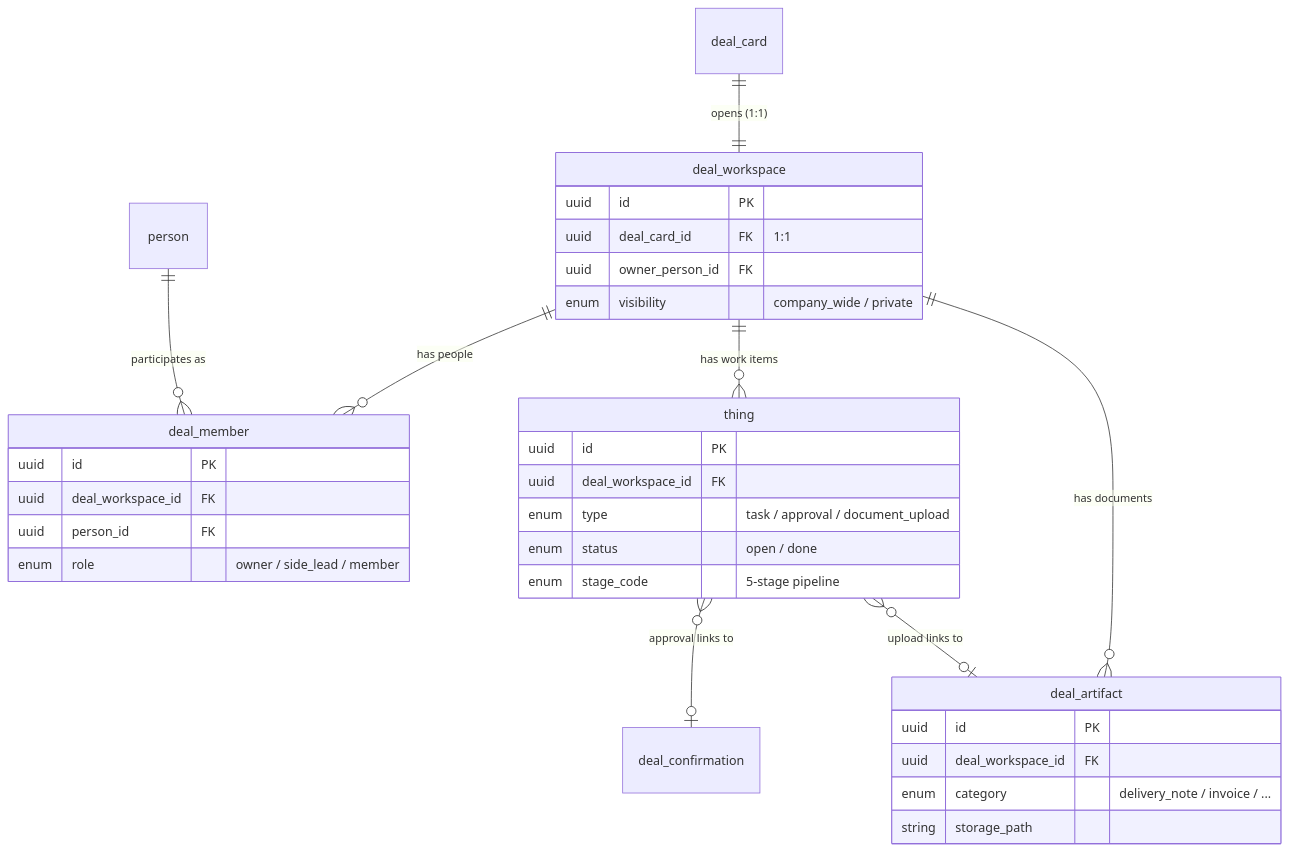
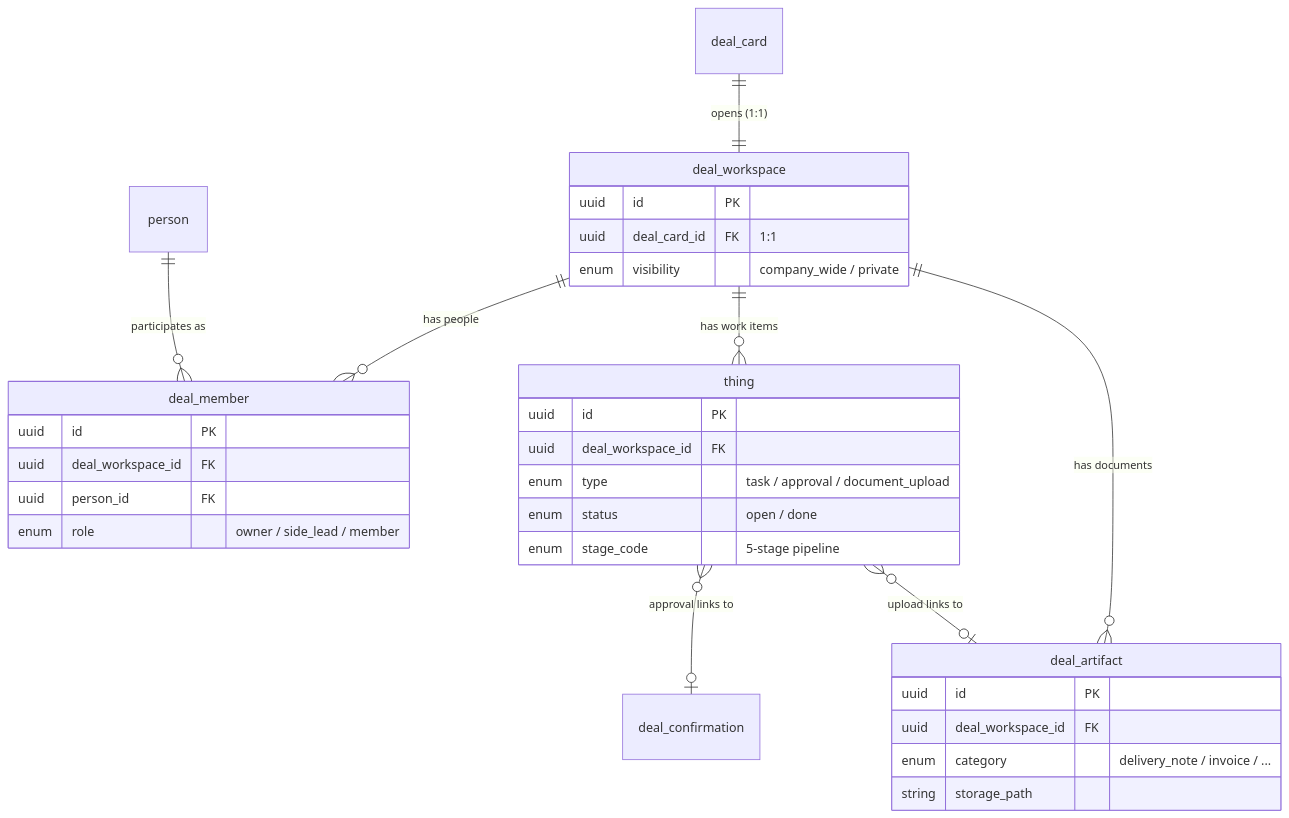
The eighth of 10 diagrams in docs/architecture/SCHEMA.md (Hello-Sello/hello-sello-mvp), drawn with Mermaid before and after one commit. The commit also changed other lines of this file and 3 other files, not shown here.

````diff
--- a/docs/architecture/SCHEMA.md
+++ b/docs/architecture/SCHEMA.md
@@ -303,36 +303,35 @@
 ```mermaid
 erDiagram
     deal_card ||--|| deal_workspace : "opens (1:1)"
     deal_workspace ||--o{ deal_member : "has people"
     deal_workspace ||--o{ thing : "has work items"
     deal_workspace ||--o{ deal_artifact : "has documents"
     person ||--o{ deal_member : "participates as"
     thing }o--o| deal_confirmation : "approval links to"
     thing }o--o| deal_artifact : "upload links to"
 
     deal_workspace {
         uuid id PK
         uuid deal_card_id FK "1:1"
-        uuid owner_person_id FK
         enum visibility "company_wide / private"
     }
     deal_member {
         uuid id PK
         uuid deal_workspace_id FK
         uuid person_id FK
         enum role "owner / side_lead / member"
     }
     thing {
         uuid id PK
         uuid deal_workspace_id FK
         enum type "task / approval / document_upload"
         enum status "open / done"
         enum stage_code "5-stage pipeline"
     }
     deal_artifact {
         uuid id PK
         uuid deal_workspace_id FK
         enum category "delivery_note / invoice / ..."
         string storage_path
     }
 ```
````
